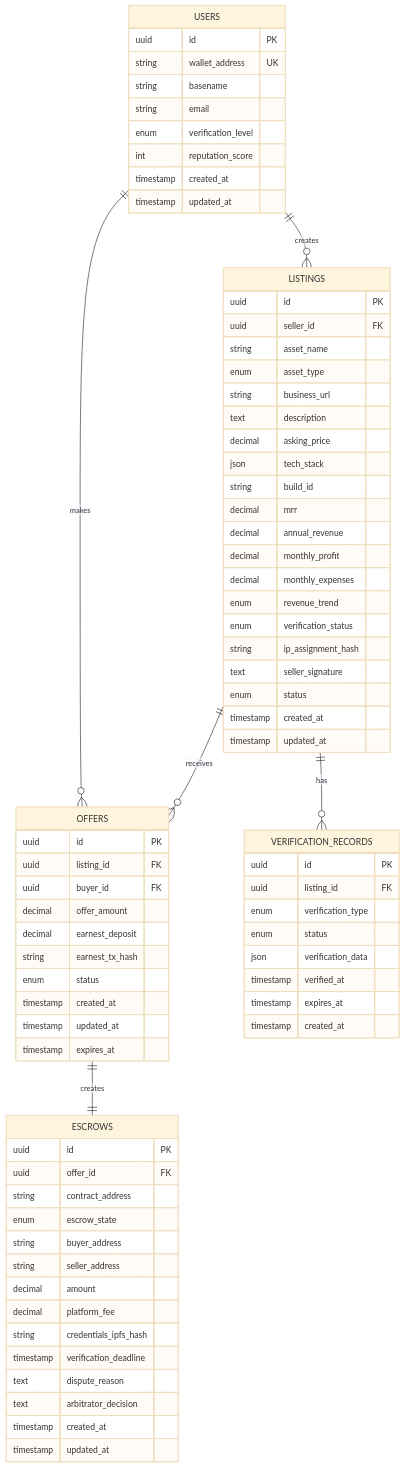
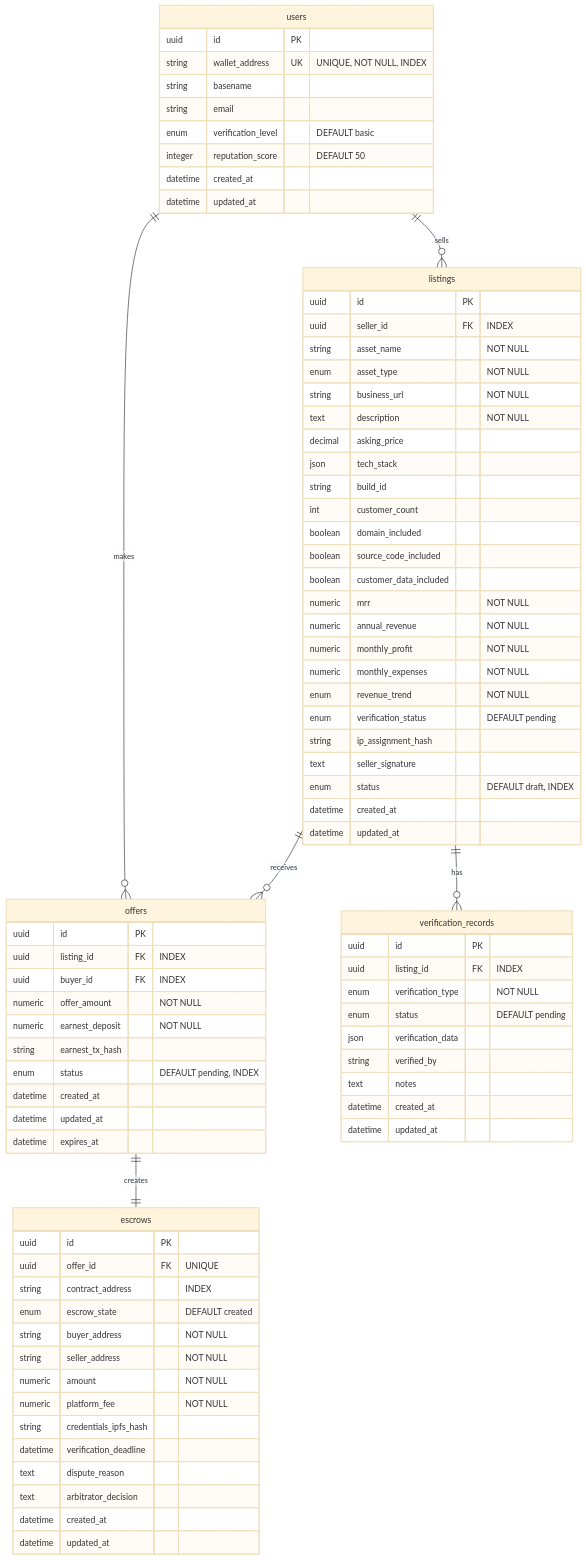
One commit to alhadad-xyz/valyra changed the diagram in apps/backend/docs/database-schema.md. Above: the diagram before and after it, drawn with Mermaid (base theme). The commit also changed 230 other files, not shown here.

````diff
--- a/apps/backend/docs/database-schema.md
+++ b/apps/backend/docs/database-schema.md
@@ -9,83 +9,88 @@
 ```mermaid
 erDiagram
-    USERS ||--o{ LISTINGS : "creates"
-    USERS ||--o{ OFFERS : "makes"
-    LISTINGS ||--o{ OFFERS : "receives"
-    LISTINGS ||--o{ VERIFICATION_RECORDS : "has"
-    OFFERS ||--|| ESCROWS : "creates"
-
-    USERS {
+    users ||--o{ listings : "sells"
+    users ||--o{ offers : "makes"
+    listings ||--o{ offers : "receives"
+    listings ||--o{ verification_records : "has"
+    offers ||--|| escrows : "creates"
+    
+    users {
         uuid id PK
-        string wallet_address UK
+        string wallet_address UK "UNIQUE, NOT NULL, INDEX"
         string basename
         string email
-        enum verification_level
-        int reputation_score
-        timestamp created_at
-        timestamp updated_at
+        enum verification_level "DEFAULT basic"
+        integer reputation_score "DEFAULT 50"
+        datetime created_at
+        datetime updated_at
     }
-
-    LISTINGS {
+    
+    listings {
         uuid id PK
-        uuid seller_id FK
-        string asset_name
-        enum asset_type
-        string business_url
-        text description
+        uuid seller_id FK "INDEX"
+        string asset_name "NOT NULL"
+        enum asset_type "NOT NULL"
+        string business_url "NOT NULL"
+        text description "NOT NULL"
         decimal asking_price
         json tech_stack
         string build_id
-        decimal mrr
-        decimal annual_revenue
-        decimal monthly_profit
-        decimal monthly_expenses
-        enum revenue_trend
-        enum verification_status
+        int customer_count
+        boolean domain_included
+        boolean source_code_included
+        boolean customer_data_included
+        numeric mrr "NOT NULL"
+        numeric annual_revenue "NOT NULL"
+        numeric monthly_profit "NOT NULL"
+        numeric monthly_expenses "NOT NULL"
+        enum revenue_trend "NOT NULL"
+        enum verification_status "DEFAULT pending"
         string ip_assignment_hash
         text seller_signature
-        enum status
-        timestamp created_at
-        timestamp updated_at
+        enum status "DEFAULT draft, INDEX"
+        datetime created_at
+        datetime updated_at
     }
-
-    OFFERS {
+    
+    offers {
         uuid id PK
-        uuid listing_id FK
-        uuid buyer_id FK
-        decimal offer_amount
-        decimal earnest_deposit
+        uuid listing_id FK "INDEX"
+        uuid buyer_id FK "INDEX"
+        numeric offer_amount "NOT NULL"
+        numeric earnest_deposit "NOT NULL"
         string earnest_tx_hash
-        enum status
-        timestamp created_at
-        timestamp updated_at
-        timestamp expires_at
+        enum status "DEFAULT pending, INDEX"
+        datetime created_at
+        datetime updated_at
+        datetime expires_at
     }
-
-    ESCROWS {
+    
+    escrows {
         uuid id PK
-        uuid offer_id FK
-        string contract_address
-        enum escrow_state
-        string buyer_address
-        string seller_address
-        decimal amount
-        decimal platform_fee
+        uuid offer_id FK "UNIQUE"
+        string contract_address "INDEX"
+        enum escrow_state "DEFAULT created"
+        string buyer_address "NOT NULL"
+        string seller_address "NOT NULL"
+        numeric amount "NOT NULL"
+        numeric platform_fee "NOT NULL"
         string credentials_ipfs_hash
-        timestamp verification_deadline
+        datetime verification_deadline
         text dispute_reason
         text arbitrator_decision
-        timestamp created_at
-        timestamp updated_at
+        datetime created_at
+        datetime updated_at
     }
-
-    VERIFICATION_RECORDS {
+    
+    verification_records {
         uuid id PK
-        uuid listing_id FK
-        enum verification_type
-        enum status
+        uuid listing_id FK "INDEX"
+        enum verification_type "NOT NULL"
+        enum status "DEFAULT pending"
         json verification_data
-        timestamp verified_at
-        timestamp expires_at
-        timestamp created_at
+        string verified_by
+        text notes
+        datetime created_at
+        datetime updated_at
     }
 ```
````
